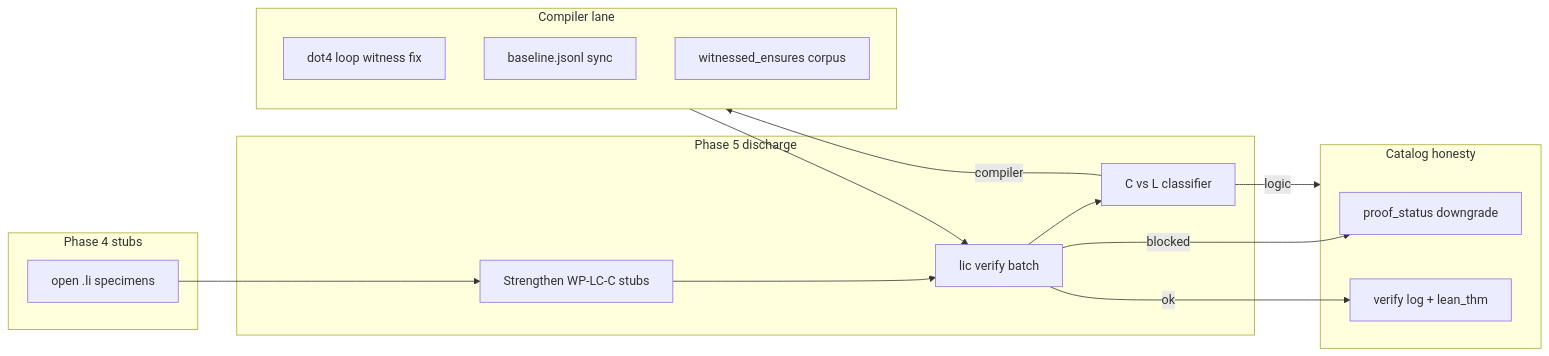
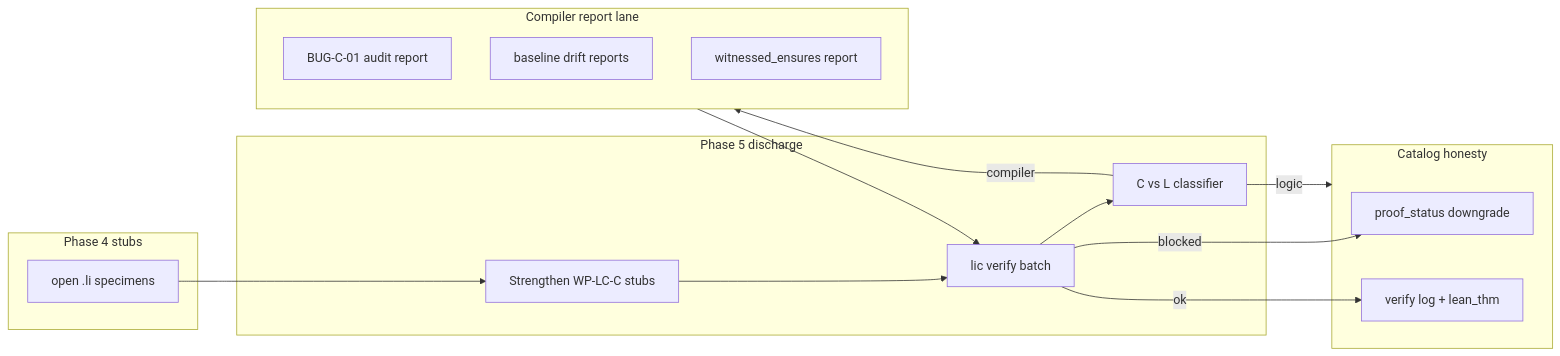
Before and after one commit to li-langverse/lic: the diagram in docs/superpowers/plans/proof-explorer-phase5-discharge-sprint.md, drawn with Mermaid. The commit also changed other lines of this file and 3 other files, not shown here.

First line of the commit message:
proof-explorer(phase5): report-only compiler policy for WP-DS-01

````diff
--- a/docs/superpowers/plans/proof-explorer-phase5-discharge-sprint.md
+++ b/docs/superpowers/plans/proof-explorer-phase5-discharge-sprint.md
@@ -47,28 +47,28 @@
 ```mermaid
 flowchart LR
   subgraph stubs [Phase 4 stubs]
     Open[open .li specimens]
   end
   subgraph sprint [Phase 5 discharge]
     Strengthen[Strengthen WP-LC-C stubs]
     Verify[lic verify batch]
     Classify[C vs L classifier]
   end
-  subgraph fixes [Compiler lane]
-    Dot4[dot4 loop witness fix]
-    Baseline[baseline.jsonl sync]
-    Ensures[witnessed_ensures corpus]
+  subgraph reports [Compiler report lane]
+    Dot4[BUG-C-01 audit report]
+    Baseline[baseline drift reports]
+    Ensures[witnessed_ensures report]
   end
   subgraph catalog [Catalog honesty]
     Downgrade[proof_status downgrade]
     Evidence[verify log + lean_thm]
   end
   Open --> Strengthen
   Strengthen --> Verify
   Verify --> Classify
-  Classify -->|compiler| fixes
+  Classify -->|compiler| reports
   Classify -->|logic| catalog
-  fixes --> Verify
+  reports --> Verify
   Verify -->|ok| Evidence
   Verify -->|blocked| Downgrade
 ```
````
